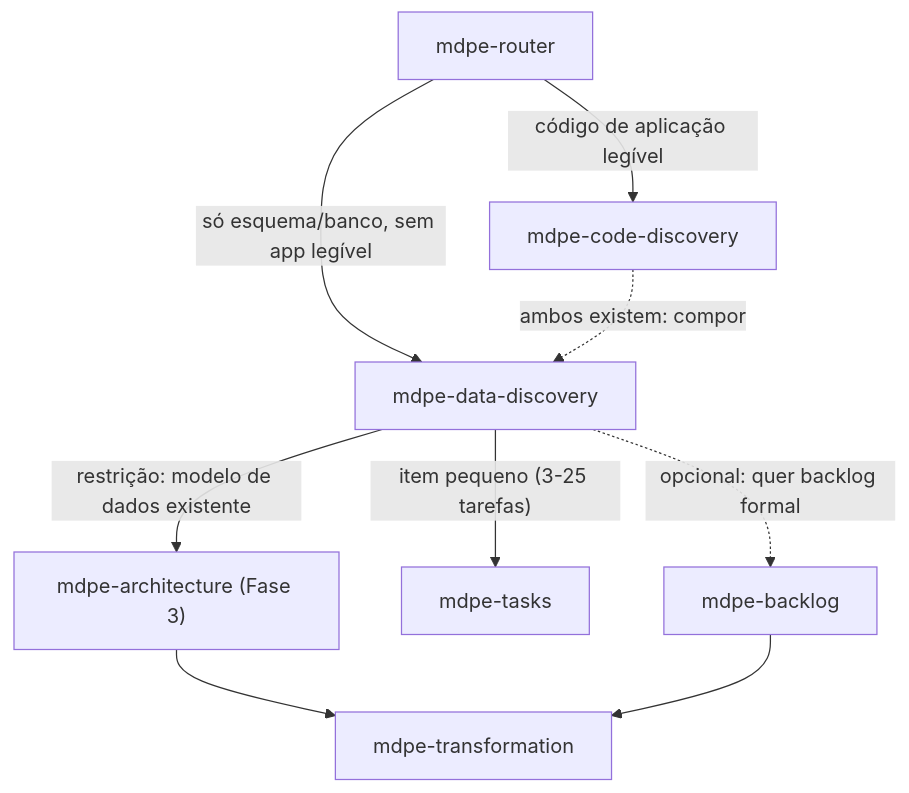
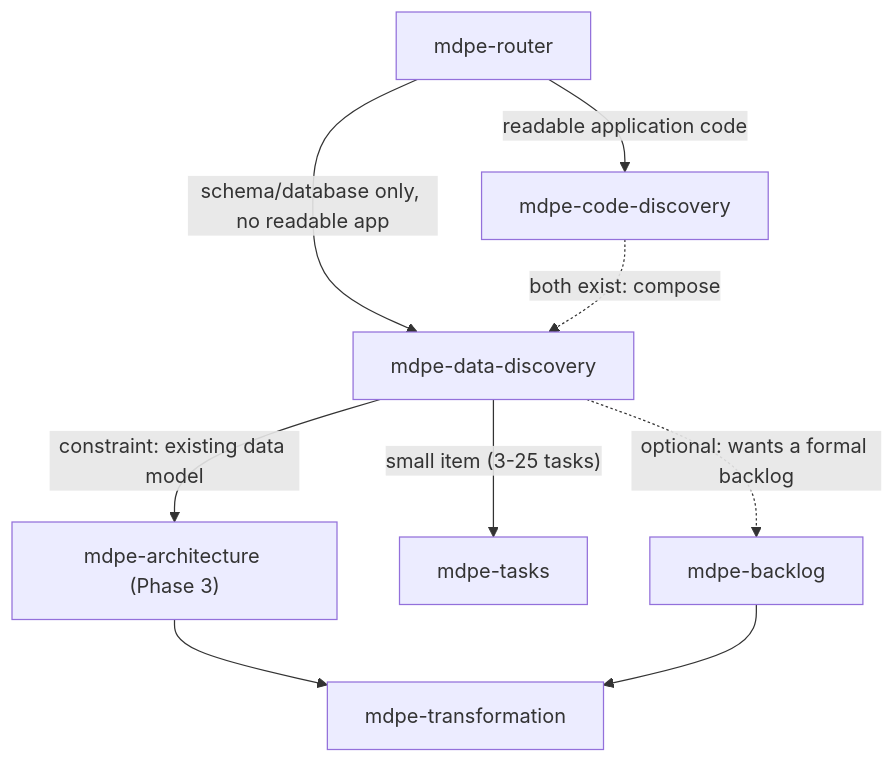
One commit to kallebelins/mdpe-skills changed the diagram in docs/adr/adr-008-data-discovery.md. Above: the diagram before and after it, drawn with Mermaid. The commit also changed other lines of this file and 15 other files, not shown here.

````diff
--- a/docs/adr/adr-008-data-discovery.md
+++ b/docs/adr/adr-008-data-discovery.md
@@ -70,11 +71,11 @@
 ```mermaid
 graph TD
-    R[mdpe-router] -->|"código de aplicação legível"| CD[mdpe-code-discovery]
-    R -->|"só esquema/banco, sem app legível"| DD[mdpe-data-discovery]
-    CD -.->|"ambos existem: compor"| DD
-    DD -->|"restrição: modelo de dados existente"| AR["mdpe-architecture (Fase 3)"]
-    DD -->|"item pequeno (3-25 tarefas)"| MT[mdpe-tasks]
-    DD -.->|"opcional: quer backlog formal"| B[mdpe-backlog]
+    R[mdpe-router] -->|"readable application code"| CD[mdpe-code-discovery]
+    R -->|"schema/database only, no readable app"| DD[mdpe-data-discovery]
+    CD -.->|"both exist: compose"| DD
+    DD -->|"constraint: existing data model"| AR["mdpe-architecture (Phase 3)"]
+    DD -->|"small item (3-25 tasks)"| MT[mdpe-tasks]
+    DD -.->|"optional: wants a formal backlog"| B[mdpe-backlog]
     AR --> T[mdpe-transformation]
     B --> T
 ```
````
